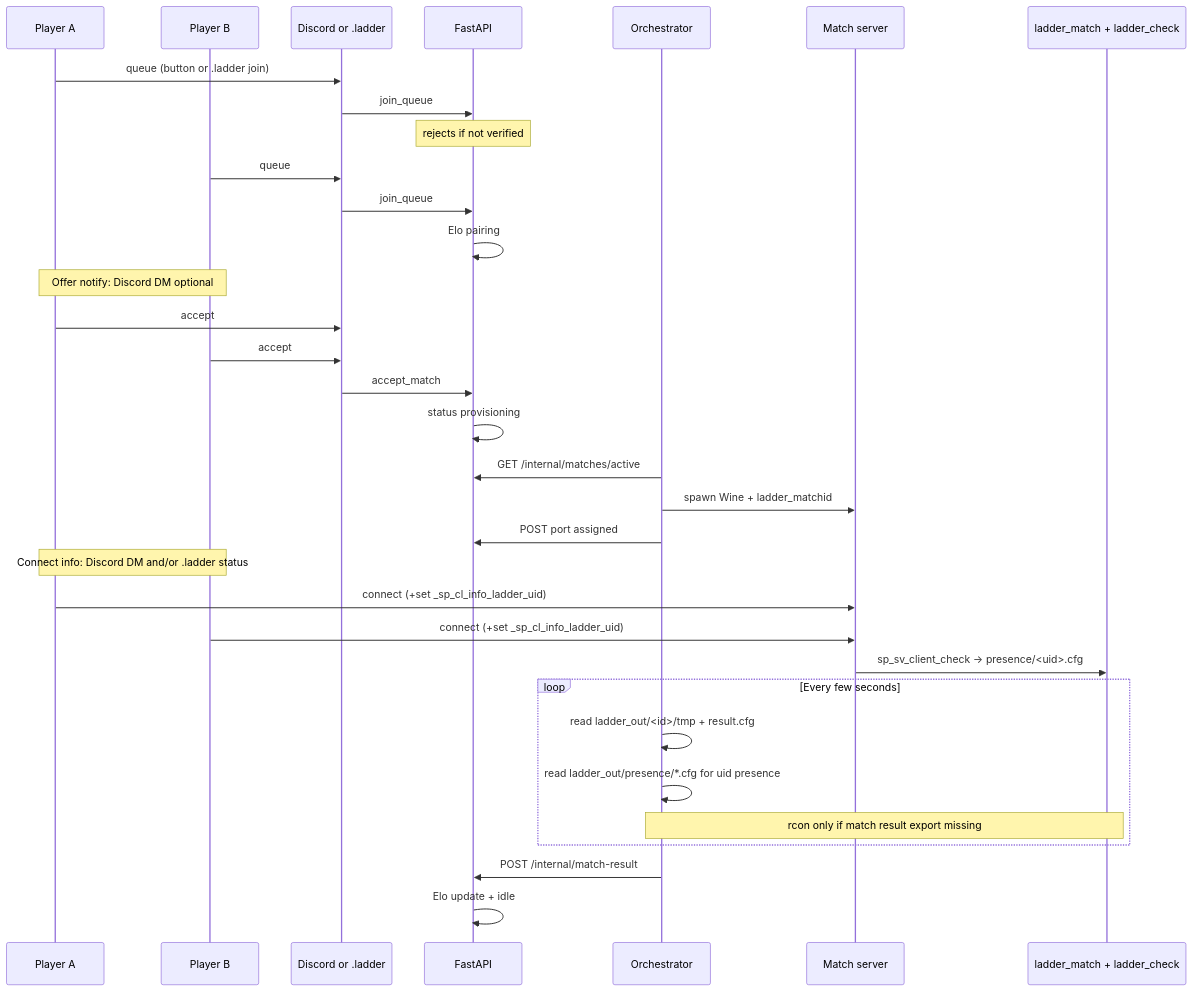
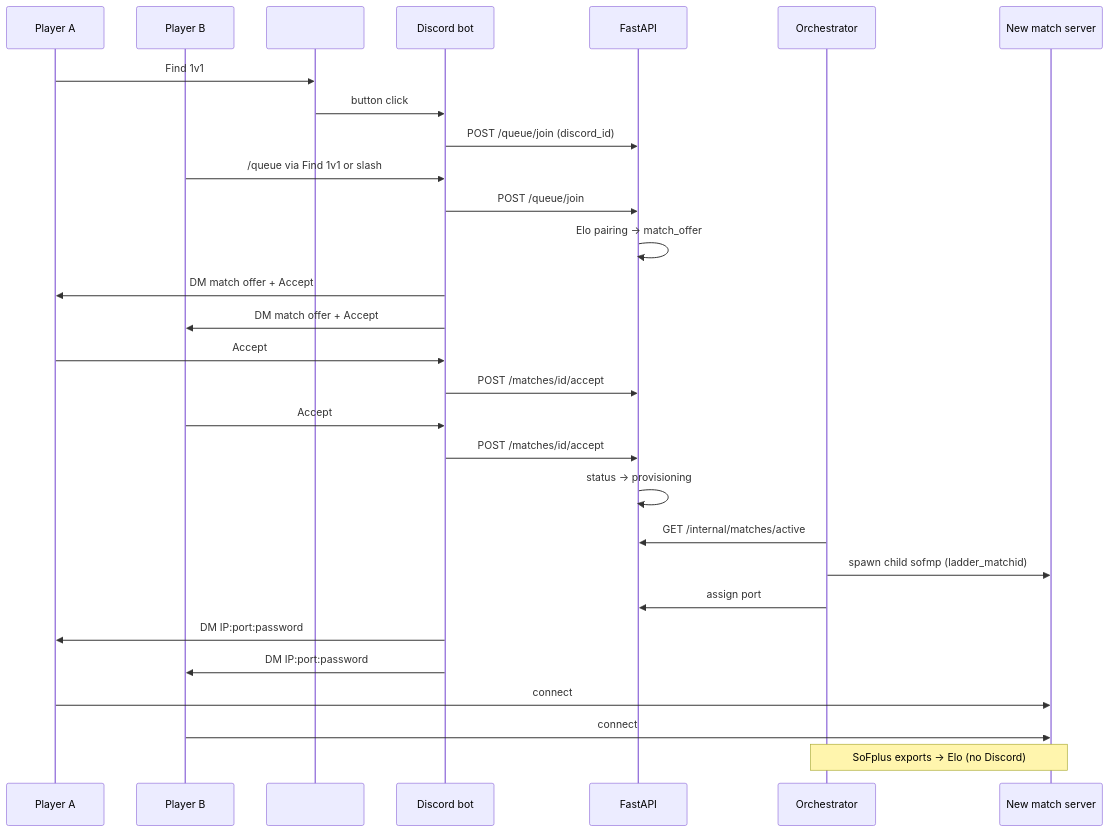
One commit to d3nd3/sof-ladder changed the fourth of 13 diagrams in README.md. Above: the diagram before and after it, drawn with Mermaid. The commit also changed other lines of this file, not shown here.

````diff
--- a/README.md
+++ b/README.md
@@ -132,36 +153,32 @@
 ```mermaid
 sequenceDiagram
-  participant P1 as Player A
-  participant P2 as Player B
-  participant UI as Discord or .ladder
+  participant PA as Player A
+  participant PB as Player B
+  participant Ch as #sof-ladder embed
+  participant Bot as Discord bot
   participant API as FastAPI
   participant Orch as Orchestrator
-  participant Srv as Match server
-  participant SP as ladder_match + ladder_check
+  participant New as New match server
 
-  P1->>UI: queue (button or .ladder join)
-  UI->>API: join_queue
-  Note over API: rejects if not verified
-  P2->>UI: queue
-  UI->>API: join_queue
-  API->>API: Elo pairing
-  Note over P1,P2: Offer notify: Discord DM optional
-  P1->>UI: accept
-  P2->>UI: accept
-  UI->>API: accept_match
-  API->>API: status provisioning
+  PA->>Ch: Find 1v1
+  Ch->>Bot: button click
+  Bot->>API: POST /queue/join (discord_id)
+  PB->>Bot: /queue via Find 1v1 or slash
+  Bot->>API: POST /queue/join
+  API->>API: Elo pairing → match_offer
+  Bot->>PA: DM match offer + Accept
+  Bot->>PB: DM match offer + Accept
+  PA->>Bot: Accept
+  Bot->>API: POST /matches/id/accept
+  PB->>Bot: Accept
+  Bot->>API: POST /matches/id/accept
+  API->>API: status → provisioning
   Orch->>API: GET /internal/matches/active
-  Orch->>Srv: spawn Wine + ladder_matchid
-  Orch->>API: POST port assigned
-  Note over P1,P2: Connect info: Discord DM and/or .ladder status
-  P1->>Srv: connect (+set _sp_cl_info_ladder_uid)
-  P2->>Srv: connect (+set _sp_cl_info_ladder_uid)
-  Srv->>SP: sp_sv_client_check → presence/<uid>.cfg
-  loop Every few seconds
-    Orch->>Orch: read ladder_out/<id>/tmp + result.cfg
-    Orch->>Orch: read ladder_out/presence/*.cfg for uid presence
-    Note over Orch,SP: rcon only if match result export missing
-  end
-  Orch->>API: POST /internal/match-result
-  API->>API: Elo update + idle
+  Orch->>New: spawn child sofmp (ladder_matchid)
+  Orch->>API: assign port
+  Bot->>PA: DM IP:port:password
+  Bot->>PB: DM IP:port:password
+  PA->>New: connect
+  PB->>New: connect
+  Note over Orch,New: SoFplus exports → Elo (no Discord)
 ```
````
